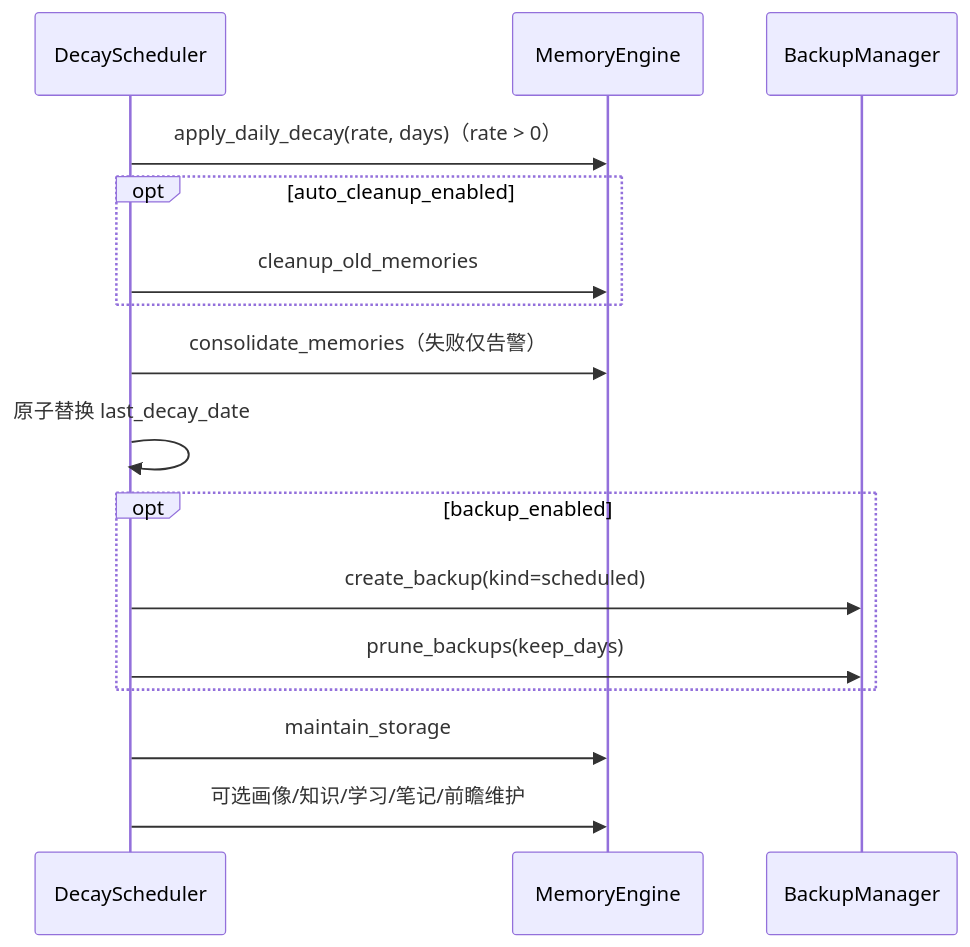
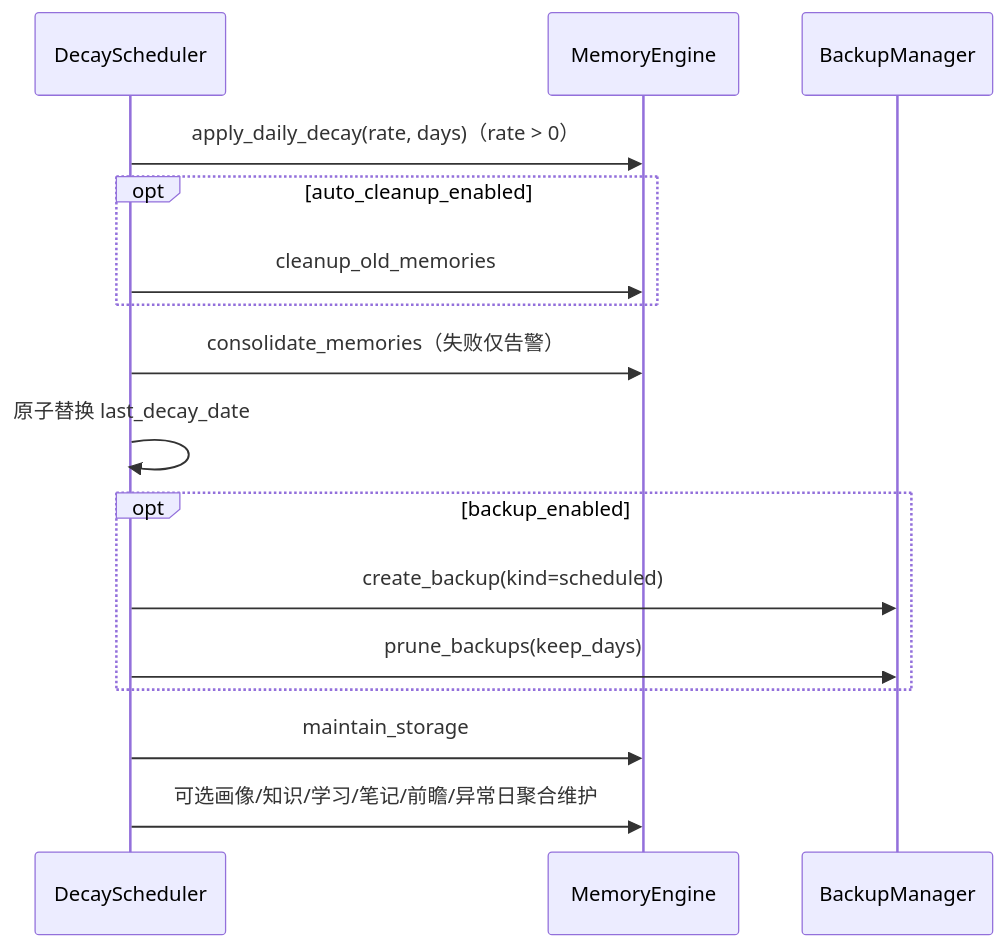
One commit to INSide-734/astrbot_plugin_memora changed the second of 2 diagrams in core/schedulers/AGENTS.md. Above: the diagram before and after it, drawn with Mermaid. The commit also changed other lines of this file and 16 other files, not shown here.

````diff
--- a/core/schedulers/AGENTS.md
+++ b/core/schedulers/AGENTS.md
@@ -45,18 +45,18 @@
 ```mermaid
 sequenceDiagram
     participant S as DecayScheduler
     participant E as MemoryEngine
     participant B as BackupManager
     S->>E: apply_daily_decay(rate, days)（rate > 0）
     opt auto_cleanup_enabled
         S->>E: cleanup_old_memories
     end
     S->>E: consolidate_memories（失败仅告警）
     S->>S: 原子替换 last_decay_date
     opt backup_enabled
         S->>B: create_backup(kind=scheduled)
         S->>B: prune_backups(keep_days)
     end
     S->>E: maintain_storage
-    S->>E: 可选画像/知识/学习/笔记/前瞻维护
+    S->>E: 可选画像/知识/学习/笔记/前瞻/异常日聚合维护
 ```
````
